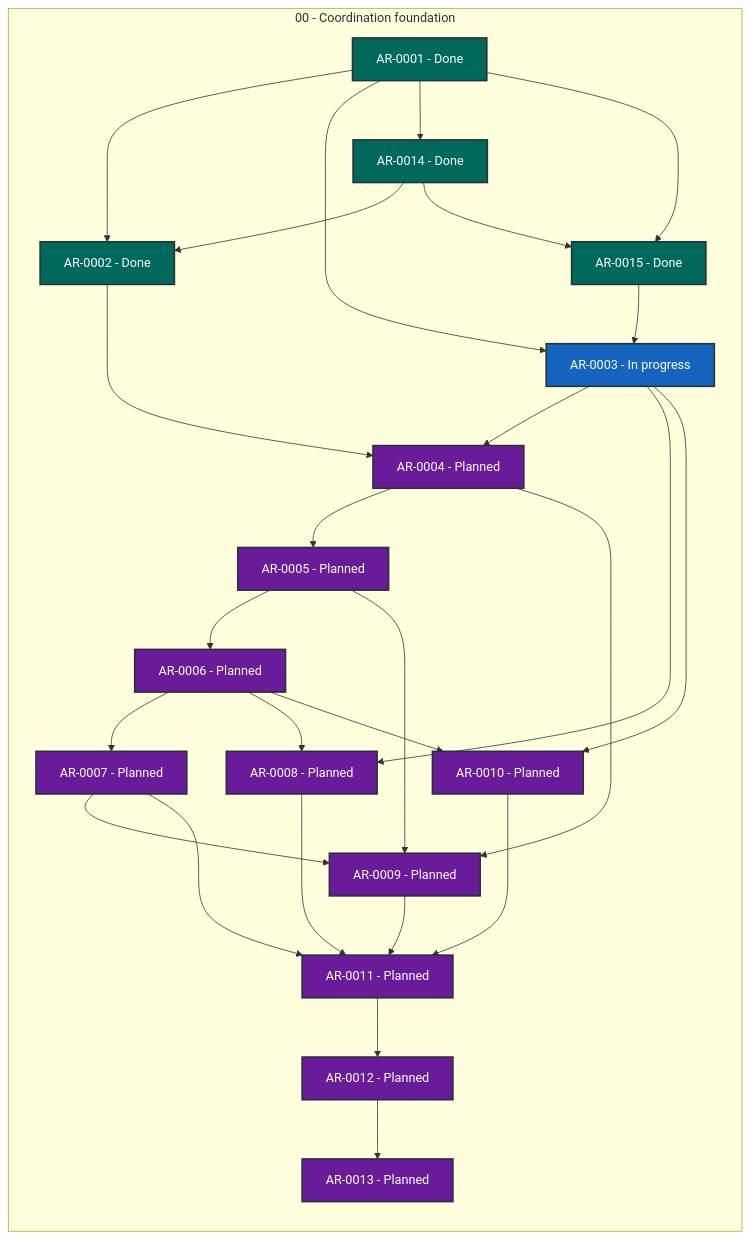
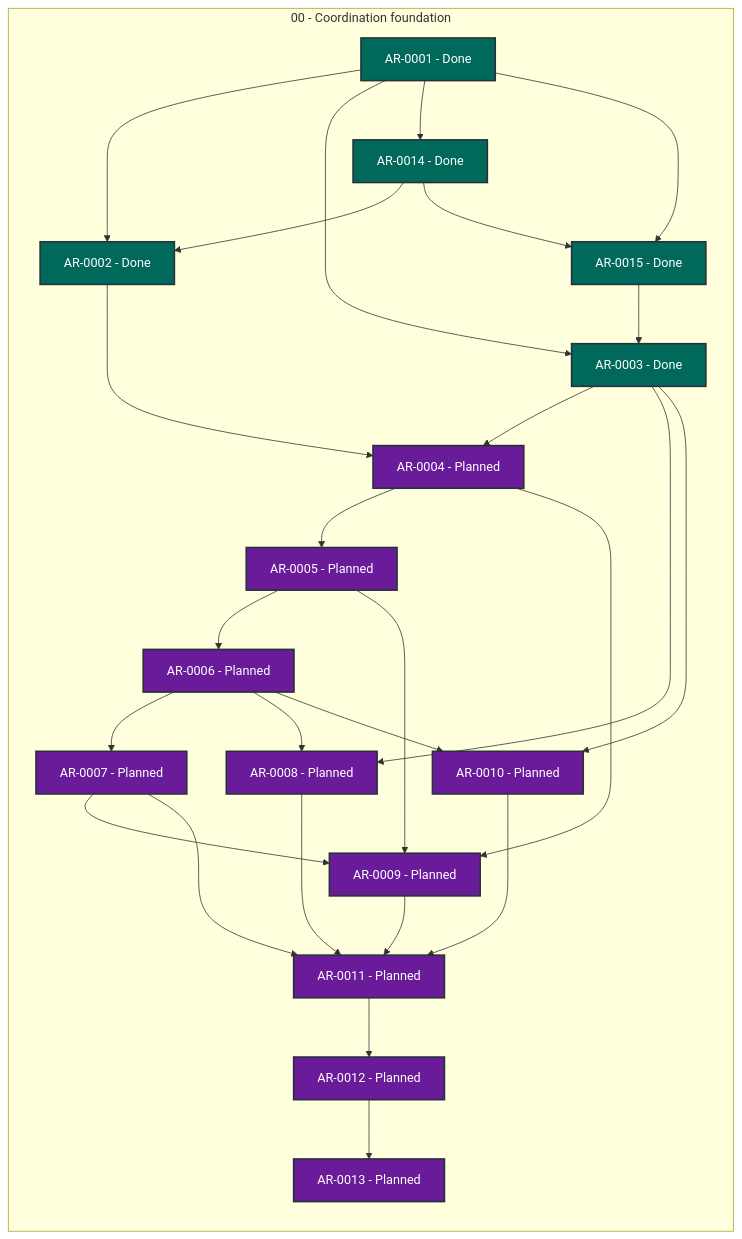
One commit to martin-beck/agent-workflow-tui-state changed the diagram in STATUS.md. Above: the diagram before and after it, drawn with Mermaid. The commit also changed other lines of this file and 2 other files, not shown here.

````diff
--- a/STATUS.md
+++ b/STATUS.md
@@ -27,54 +27,54 @@
 ```mermaid
 flowchart LR
     subgraph series_00["00 - Coordination foundation"]
         direction TB
         AR_0001["AR-0001 - Done"]:::status_done
         AR_0002["AR-0002 - Done"]:::status_done
-        AR_0003["AR-0003 - In progress"]:::status_in_progress
+        AR_0003["AR-0003 - Done"]:::status_done
         AR_0004["AR-0004 - Planned"]:::status_planned
         AR_0005["AR-0005 - Planned"]:::status_planned
         AR_0006["AR-0006 - Planned"]:::status_planned
         AR_0007["AR-0007 - Planned"]:::status_planned
         AR_0008["AR-0008 - Planned"]:::status_planned
         AR_0009["AR-0009 - Planned"]:::status_planned
         AR_0010["AR-0010 - Planned"]:::status_planned
         AR_0011["AR-0011 - Planned"]:::status_planned
         AR_0012["AR-0012 - Planned"]:::status_planned
         AR_0013["AR-0013 - Planned"]:::status_planned
         AR_0014["AR-0014 - Done"]:::status_done
         AR_0015["AR-0015 - Done"]:::status_done
     end
     AR_0001 --> AR_0002
     AR_0001 --> AR_0003
     AR_0001 --> AR_0014
     AR_0001 --> AR_0015
     AR_0002 --> AR_0004
     AR_0003 --> AR_0004
     AR_0003 --> AR_0008
     AR_0003 --> AR_0010
     AR_0004 --> AR_0005
     AR_0004 --> AR_0009
     AR_0005 --> AR_0006
     AR_0005 --> AR_0009
     AR_0006 --> AR_0007
     AR_0006 --> AR_0008
     AR_0006 --> AR_0010
     AR_0007 --> AR_0009
     AR_0007 --> AR_0011
     AR_0008 --> AR_0011
     AR_0009 --> AR_0011
     AR_0010 --> AR_0011
     AR_0011 --> AR_0012
     AR_0012 --> AR_0013
     AR_0014 --> AR_0002
     AR_0014 --> AR_0015
     AR_0015 --> AR_0003
     classDef status_in_progress fill:#1565c0,color:#ffffff,stroke:#263238,stroke-width:2px
     classDef status_open fill:#2e7d32,color:#ffffff,stroke:#263238,stroke-width:2px
     classDef status_blocked fill:#c62828,color:#ffffff,stroke:#263238,stroke-width:2px
     classDef status_planned fill:#6a1b9a,color:#ffffff,stroke:#263238,stroke-width:2px
     classDef status_future fill:#455a64,color:#ffffff,stroke:#263238,stroke-width:2px
     classDef status_done fill:#00695c,color:#ffffff,stroke:#263238,stroke-width:2px
     classDef status_cancelled fill:#616161,color:#ffffff,stroke:#263238,stroke-width:2px
     classDef status_superseded fill:#5d4037,color:#ffffff,stroke:#263238,stroke-width:2px
 ```
````
